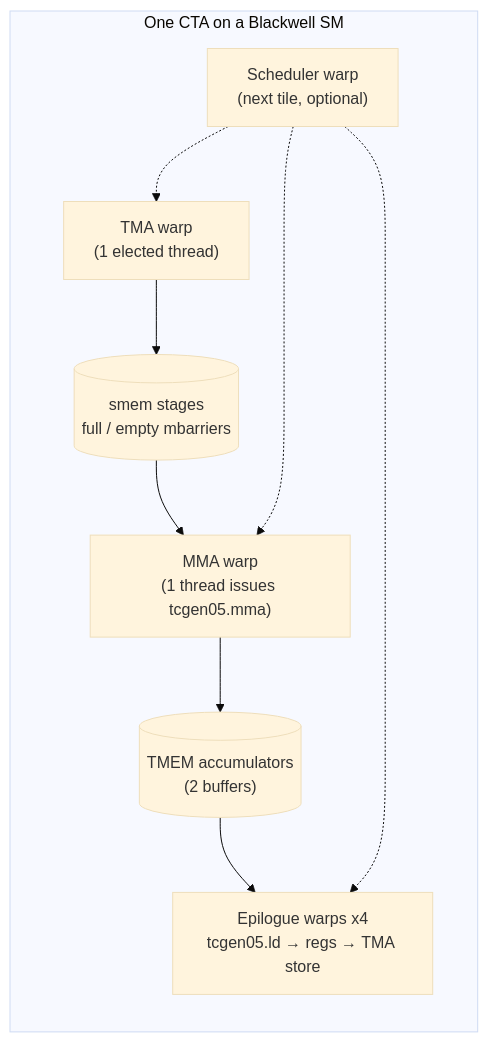
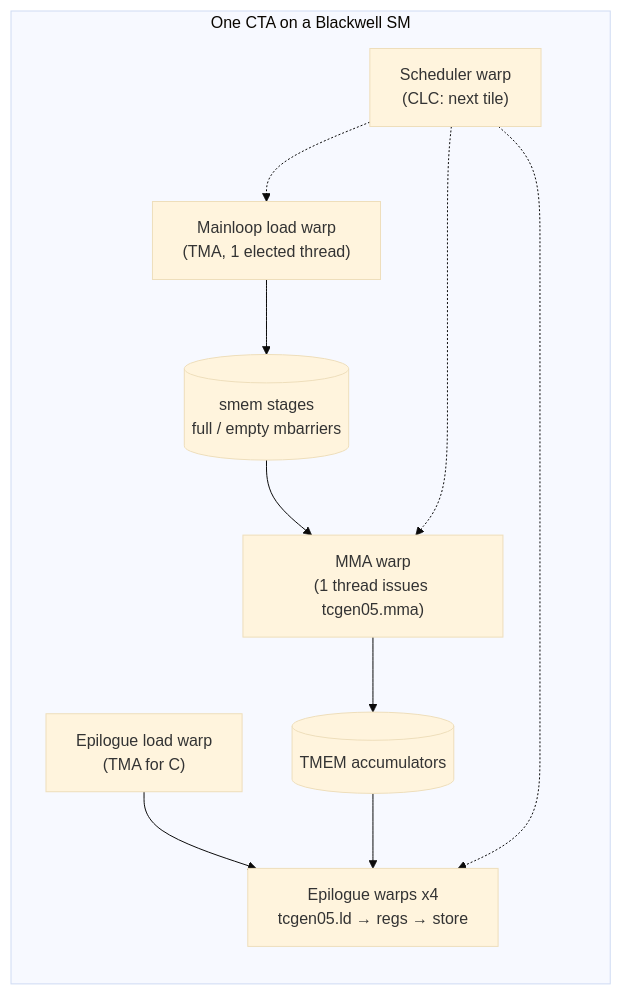
The fifth of 5 diagrams in GPU Programming/Hardware & Frontier/Warp Specialization/Warp Specialization.md (ImRuliad/Library-of-Alexandria), drawn with Mermaid (base theme) before and after one commit. The commit also changed other lines of this file, not shown here.

First line of the commit message:
Fact-check Warp Specialization note against sources, mark complete

````diff
--- a/GPU Programming/Hardware & Frontier/Warp Specialization/Warp Specialization.md
+++ b/GPU Programming/Hardware & Frontier/Warp Specialization/Warp Specialization.md
@@ -299,15 +314,17 @@
 ```mermaid
 flowchart LR
     subgraph SM["One CTA on a Blackwell SM"]
-        T["TMA warp<br/>(1 elected thread)"]
+        T["Mainloop load warp<br/>(TMA, 1 elected thread)"]
         S[("smem stages<br/>full / empty mbarriers")]
         M["MMA warp<br/>(1 thread issues tcgen05.mma)"]
-        TM[("TMEM accumulators<br/>(2 buffers)")]
-        E["Epilogue warps x4<br/>tcgen05.ld → regs → TMA store"]
-        SC["Scheduler warp<br/>(next tile, optional)"]
+        TM[("TMEM accumulators")]
+        EL["Epilogue load warp<br/>(TMA for C)"]
+        E["Epilogue warps x4<br/>tcgen05.ld → regs → store"]
+        SC["Scheduler warp<br/>(CLC: next tile)"]
+        EL --> E
         T --> S --> M --> TM --> E
         SC -.-> T
         SC -.-> M
         SC -.-> E
     end
 ```
````
